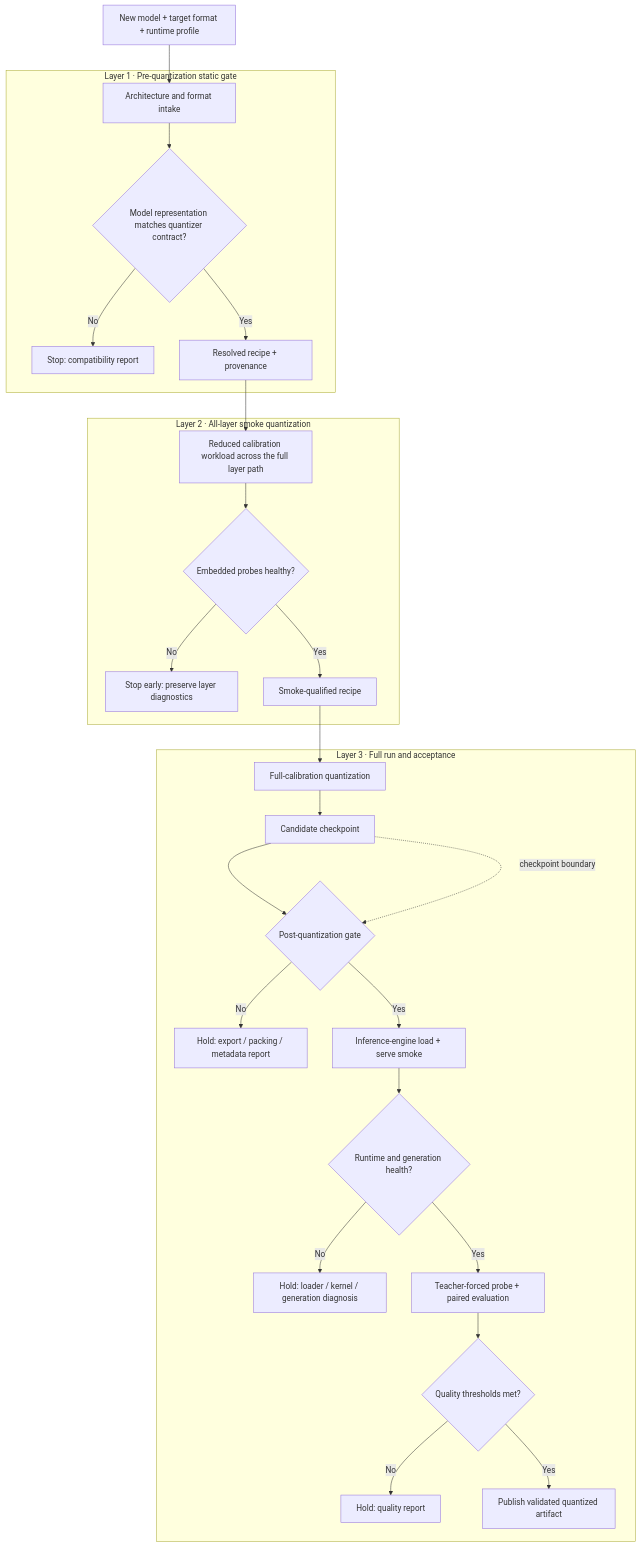
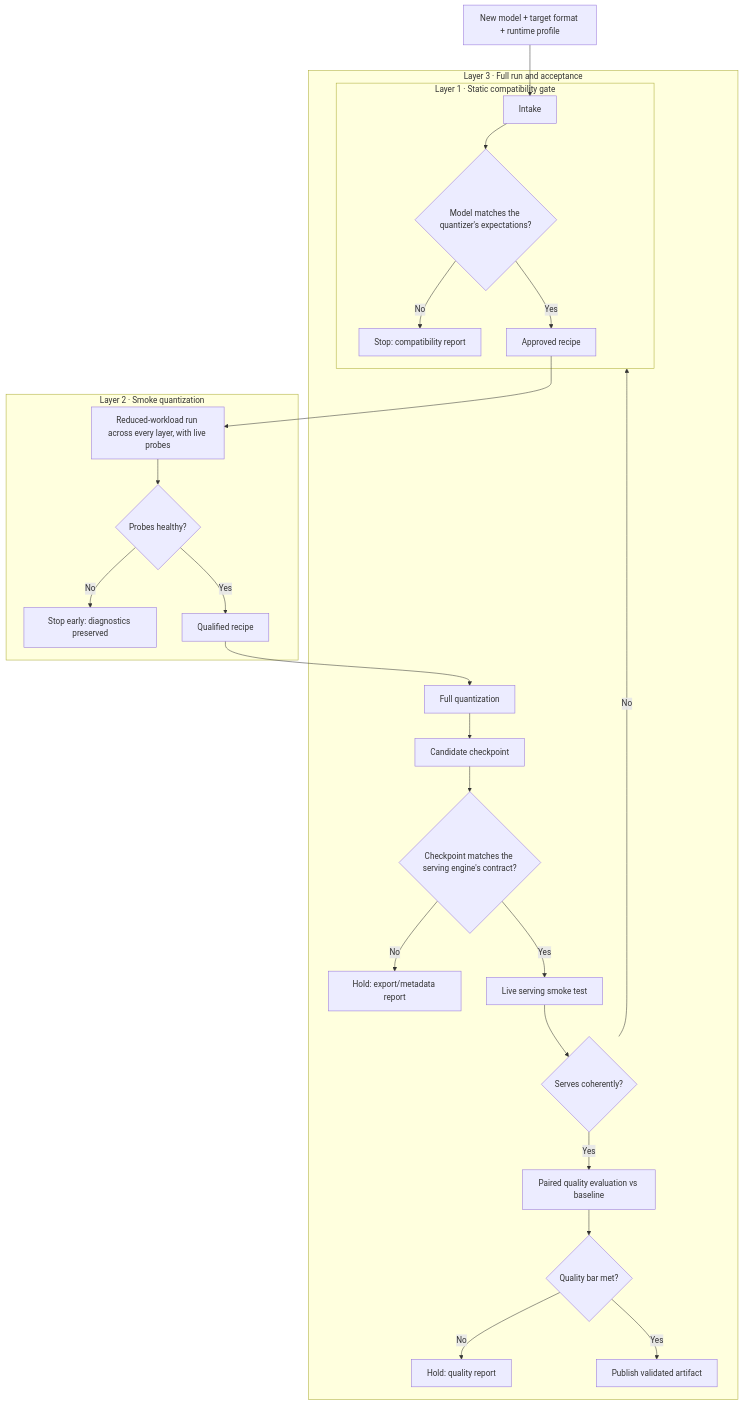
The diagram in docs/automatic-quantization-pipeline-progress.md (hoangduydang-collab/llm-compressor), drawn with Mermaid before and after one commit. The commit also changed other lines of this file, not shown here.

````diff
--- a/docs/automatic-quantization-pipeline-progress.md
+++ b/docs/automatic-quantization-pipeline-progress.md
@@ -89,33 +53,30 @@
 ```mermaid
 flowchart TB
-    A[New model + target format + runtime profile] --> B[Architecture and format intake]
+    A[New model + target format + runtime profile] --> B[Intake]
 
-    subgraph L1A[Layer 1 · Pre-quantization static gate]
-      B --> C{Model representation matches quantizer contract?}
+    subgraph L1[Layer 1 · Static compatibility gate]
+      B --> C{Model matches the quantizer's expectations?}
       C -- No --> C1[Stop: compatibility report]
-      C -- Yes --> D[Resolved recipe + provenance]
+      C -- Yes --> D[Approved recipe]
     end
 
-    subgraph L2[Layer 2 · All-layer smoke quantization]
-      D --> E[Reduced calibration workload across the full layer path]
-      E --> F{Embedded probes healthy?}
-      F -- No --> F1[Stop early: preserve layer diagnostics]
-      F -- Yes --> G[Smoke-qualified recipe]
+    subgraph L2[Layer 2 · Smoke quantization]
+      D --> E[Reduced-workload run across every layer, with live probes]
+      E --> F{Probes healthy?}
+      F -- No --> F1[Stop early: diagnostics preserved]
+      F -- Yes --> G[Qualified recipe]
     end
 
     subgraph L3[Layer 3 · Full run and acceptance]
-      G --> H[Full-calibration quantization]
-      H --> I[Candidate checkpoint]
-      I --> J{Post-quantization gate}
-      J -- No --> J1[Hold: export / packing / metadata report]
-      J -- Yes --> K[Inference-engine load + serve smoke]
-      K --> L{Runtime and generation health?}
-      L -- No --> L1[Hold: loader / kernel / generation diagnosis]
-      L -- Yes --> M[Teacher-forced probe + paired evaluation]
-      M --> N{Quality thresholds met?}
+      G --> H[Full quantization] --> I[Candidate checkpoint]
+      I --> J{Checkpoint matches the serving engine's contract?}
+      J -- No --> J1[Hold: export/metadata report]
+      J -- Yes --> K[Live serving smoke test]
+      K --> L{Serves coherently?}
+      L -- No --> L1[Hold: runtime diagnosis]
+      L -- Yes --> M[Paired quality evaluation vs baseline]
+      M --> N{Quality bar met?}
       N -- No --> N1[Hold: quality report]
-      N -- Yes --> O[Publish validated quantized artifact]
+      N -- Yes --> O[Publish validated artifact]
     end
-
-    I -. checkpoint boundary .-> J
 ```
````
